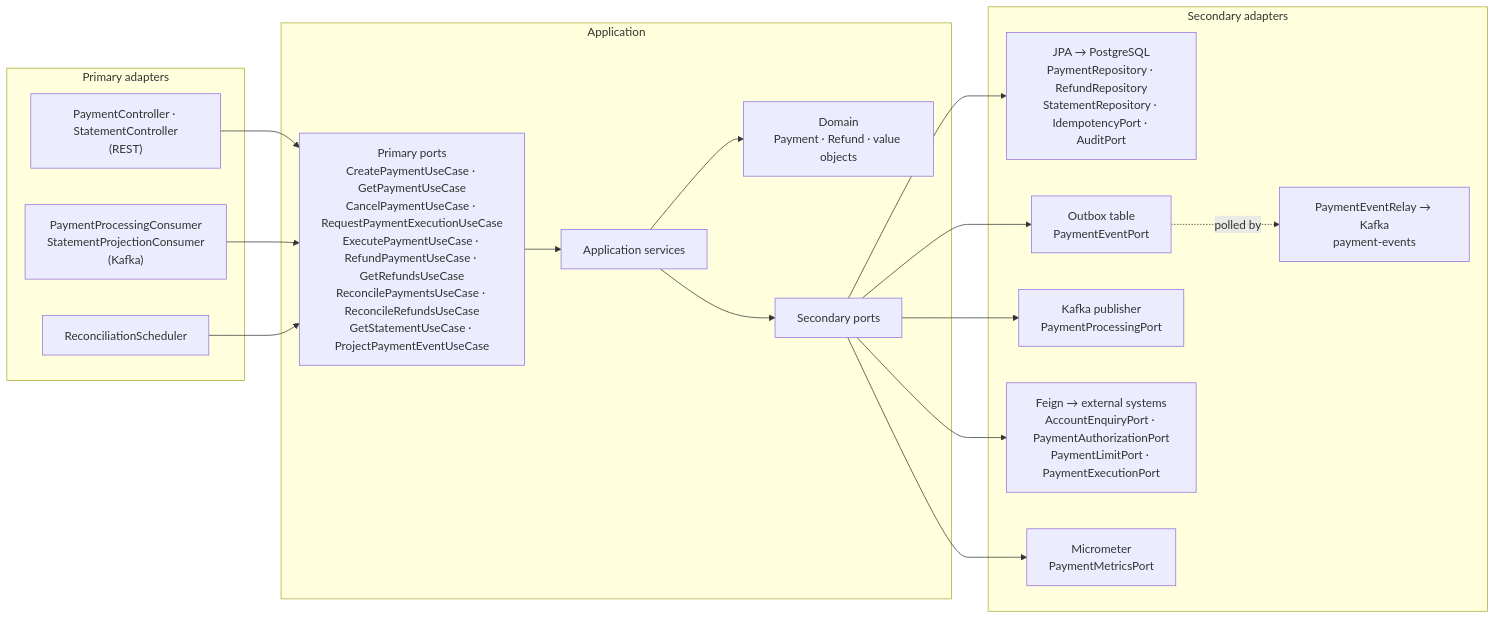
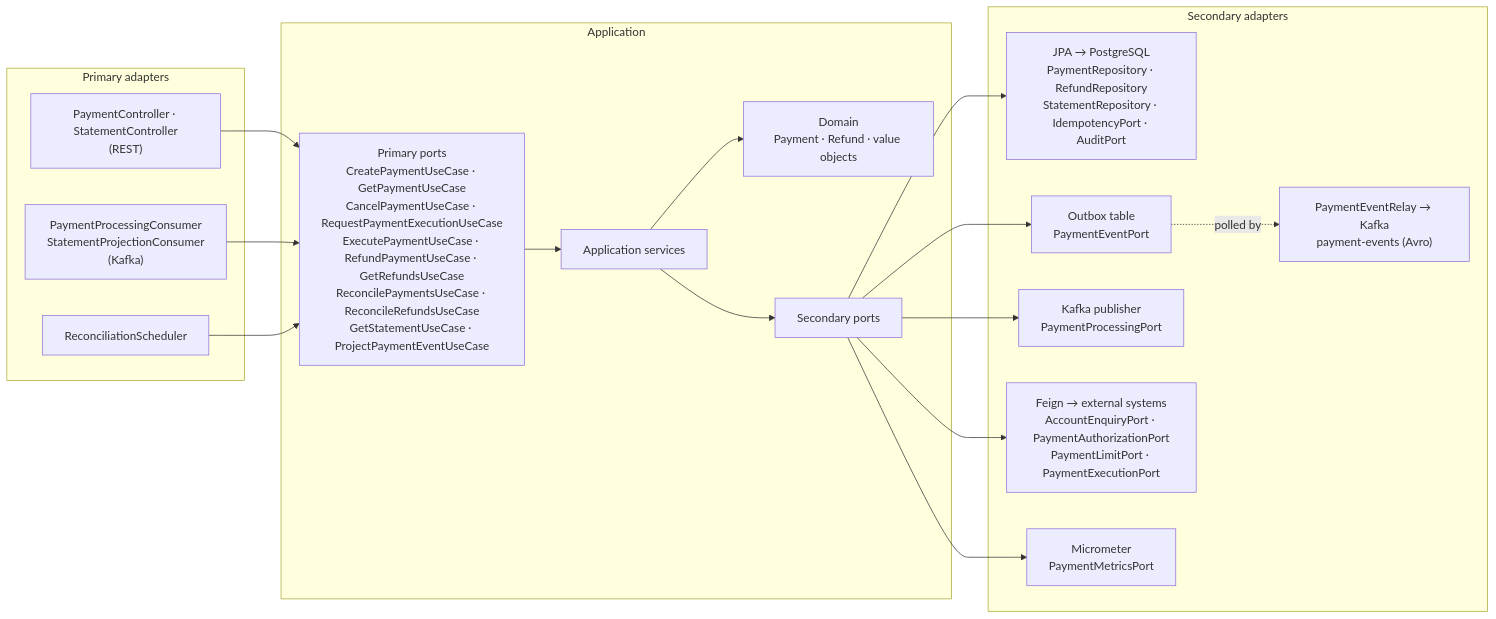
One commit to codeaiforge/java-payment-service changed the second of 2 diagrams in README.md. Above: the diagram before and after it, drawn with Mermaid. The commit also changed other lines of this file and 35 other files, not shown here.

First line of the commit message:
feat(payment): version payment events with Avro and a schema registry (bonus 10)

````diff
--- a/README.md
+++ b/README.md
@@ -64,36 +65,36 @@
 ```mermaid
 flowchart LR
     subgraph primary["Primary adapters"]
         web["PaymentController · StatementController<br/>(REST)"]
         consumer["PaymentProcessingConsumer<br/>StatementProjectionConsumer<br/>(Kafka)"]
         scheduler["ReconciliationScheduler"]
     end
 
     subgraph app["Application"]
         uc["Primary ports<br/>CreatePaymentUseCase · GetPaymentUseCase<br/>CancelPaymentUseCase · RequestPaymentExecutionUseCase<br/>ExecutePaymentUseCase · RefundPaymentUseCase · GetRefundsUseCase<br/>ReconcilePaymentsUseCase · ReconcileRefundsUseCase<br/>GetStatementUseCase · ProjectPaymentEventUseCase"]
         services["Application services"]
         domain["Domain<br/>Payment · Refund · value objects"]
         sp["Secondary ports"]
         uc --> services --> domain
         services --> sp
     end
 
     subgraph secondary["Secondary adapters"]
         jpa["JPA → PostgreSQL<br/>PaymentRepository · RefundRepository<br/>StatementRepository · IdempotencyPort · AuditPort"]
         outbox["Outbox table<br/>PaymentEventPort"]
-        relay["PaymentEventRelay → Kafka<br/>payment-events"]
+        relay["PaymentEventRelay → Kafka<br/>payment-events (Avro)"]
         publisher["Kafka publisher<br/>PaymentProcessingPort"]
         feign["Feign → external systems<br/>AccountEnquiryPort · PaymentAuthorizationPort<br/>PaymentLimitPort · PaymentExecutionPort"]
         metrics["Micrometer<br/>PaymentMetricsPort"]
     end
 
     web --> uc
     consumer --> uc
     scheduler --> uc
     sp --> jpa
     sp --> outbox
     outbox -. polled by .-> relay
     sp --> publisher
     sp --> feign
     sp --> metrics
 ```
````
